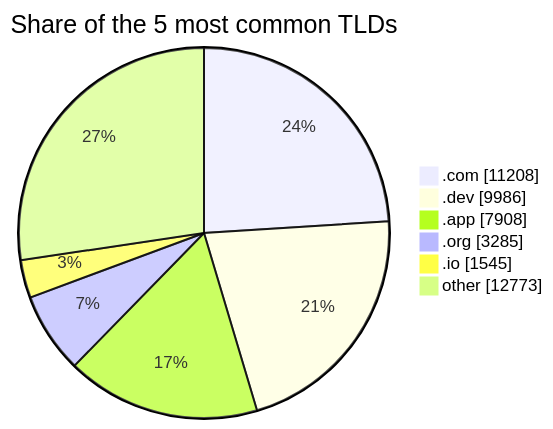
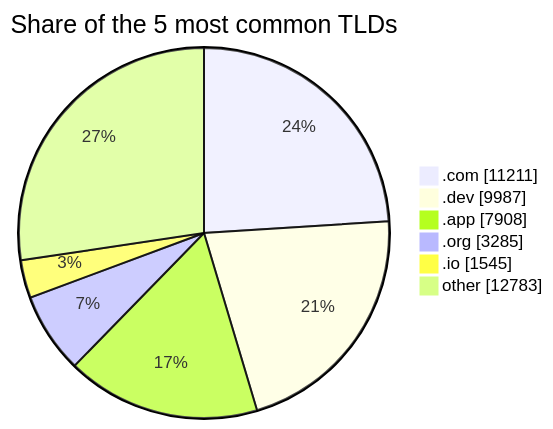
One commit to DNSBunker/CTI changed the third of 3 diagrams in README.md. Above: the diagram before and after it, drawn with Mermaid. The commit also changed other lines of this file and 3 other files, not shown here.

````diff
--- a/README.md
+++ b/README.md
@@ -81,9 +81,9 @@
 ```mermaid
 pie showData title Share of the 5 most common TLDs
-    ".com" : 11208
-    ".dev" : 9986
+    ".com" : 11211
+    ".dev" : 9987
     ".app" : 7908
     ".org" : 3285
     ".io" : 1545
-    "other" : 12773
+    "other" : 12783
 ```
````
